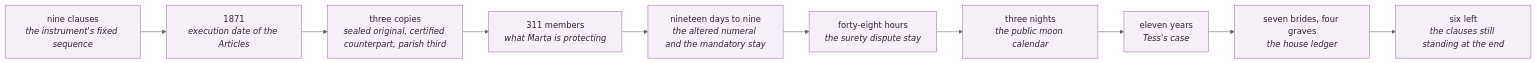
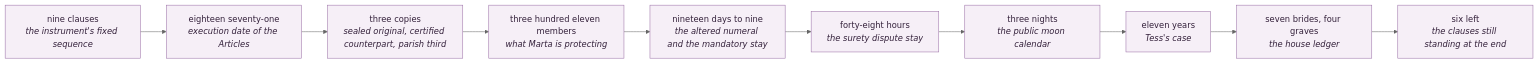
Before and after one commit to Coaden/half-spoken-vow: the sixth of 8 diagrams in WorldState/BookOneNarrativeFlow.md, drawn with Mermaid (neutral theme). The commit also changed other lines of this file and 1 other file, not shown here.

First line of the commit message:
Move narrative flow atlas generator into Scripts

````diff
--- a/WorldState/BookOneNarrativeFlow.md
+++ b/WorldState/BookOneNarrativeFlow.md
@@ -427,24 +431,24 @@
 ```mermaid
 flowchart LR
   classDef n fill:#f6eff7,stroke:#9a6fa6,color:#33203a;
   N0["nine clauses<br/><i>the instrument's fixed sequence</i>"]
-  N1["1871<br/><i>execution date of the Articles</i>"]
+  N1["eighteen seventy-one<br/><i>execution date of the Articles</i>"]
   N0 --> N1
   N2["three copies<br/><i>sealed original, certified counterpart, parish third</i>"]
   N1 --> N2
-  N3["311 members<br/><i>what Marta is protecting</i>"]
+  N3["three hundred eleven members<br/><i>what Marta is protecting</i>"]
   N2 --> N3
   N4["nineteen days to nine<br/><i>the altered numeral and the mandatory stay</i>"]
   N3 --> N4
   N5["forty-eight hours<br/><i>the surety dispute stay</i>"]
   N4 --> N5
   N6["three nights<br/><i>the public moon calendar</i>"]
   N5 --> N6
   N7["eleven years<br/><i>Tess's case</i>"]
   N6 --> N7
   N8["seven brides, four graves<br/><i>the house ledger</i>"]
   N7 --> N8
   N9["six left<br/><i>the clauses still standing at the end</i>"]
   N8 --> N9
   class N0,N1,N2,N3,N4,N5,N6,N7,N8,N9 n;
 ```
````
